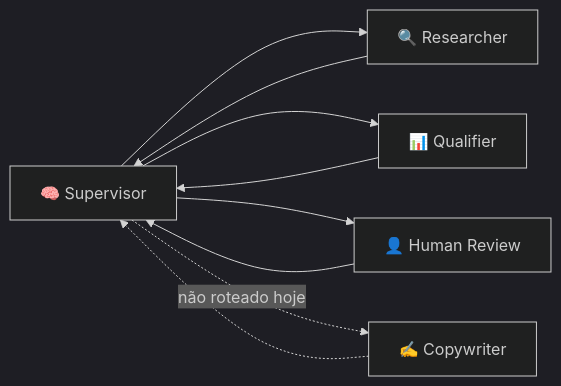
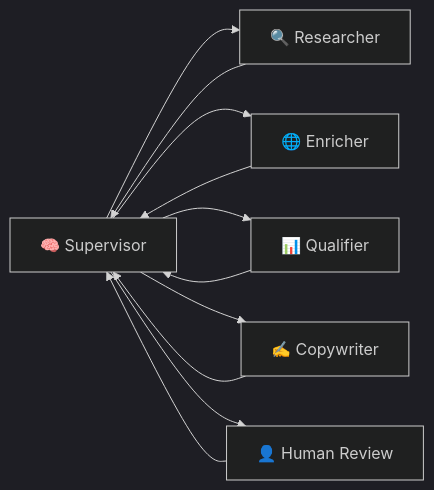
Before and after one commit to gfrabelo/odin: the first of 2 diagrams in README.md, drawn with Mermaid (dark theme). The commit also changed other lines of this file and 22 other files, not shown here.

````diff
--- a/README.md
+++ b/README.md
@@ -55,11 +55,13 @@
 ```mermaid
 graph LR
     S[🧠 Supervisor] --> R[🔍 Researcher]
+    S --> E[🌐 Enricher]
     S --> Q[📊 Qualifier]
+    S --> C[✍️ Copywriter]
     S --> H[👤 Human Review]
-    S -.não roteado hoje.-> C[✍️ Copywriter]
     R --> S
+    E --> S
     Q --> S
+    C --> S
     H --> S
-    C -.-> S
 ```
````
